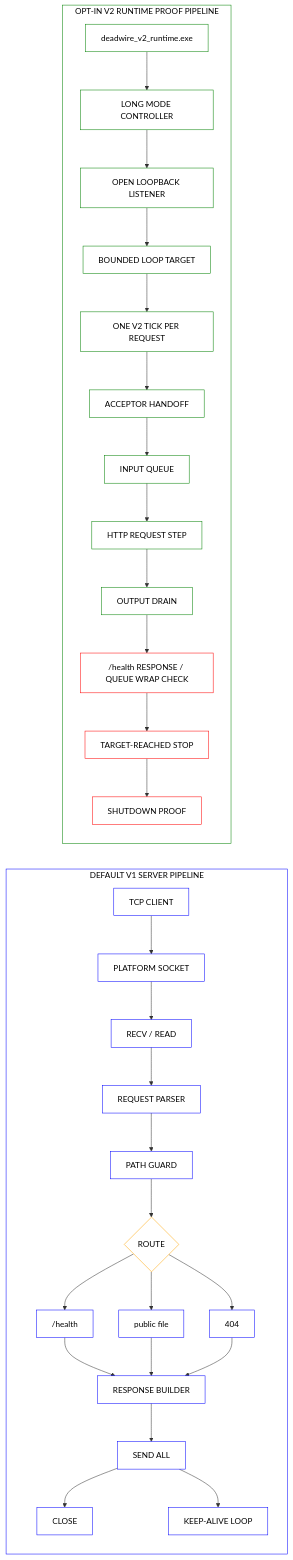
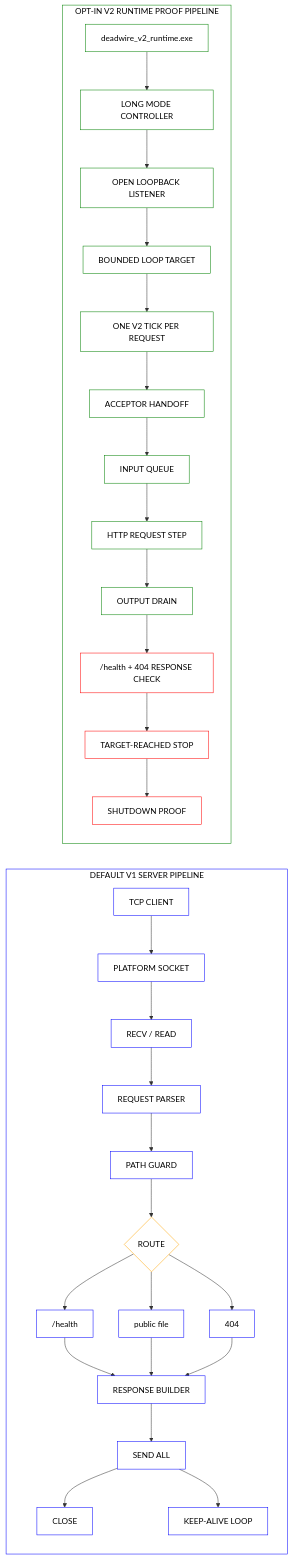
One commit to Deadbytes101/DEADWIRE-HTTPD changed the diagram in README.md. Above: the diagram before and after it, drawn with Mermaid. The commit also changed other lines of this file and 2 other files, not shown here.

First line of the commit message:
v2 response probe

````diff
--- a/README.md
+++ b/README.md
@@ -35,44 +35,44 @@
 ```mermaid
 flowchart LR
     subgraph V1["DEFAULT V1 SERVER PIPELINE"]
         CLIENT["TCP CLIENT"] --> SOCKET["PLATFORM SOCKET"]
         SOCKET --> RECV["RECV / READ"]
         RECV --> PARSE["REQUEST PARSER"]
         PARSE --> GUARD["PATH GUARD"]
         GUARD --> ROUTE{"ROUTE"}
         ROUTE --> HEALTH["/health"]
         ROUTE --> STATIC["public file"]
         ROUTE --> MISS["404"]
         HEALTH --> RESPONSE["RESPONSE BUILDER"]
         STATIC --> RESPONSE
         MISS --> RESPONSE
         RESPONSE --> SEND["SEND ALL"]
         SEND --> CLOSE["CLOSE"]
         SEND --> LOOP["KEEP-ALIVE LOOP"]
     end
 
     subgraph V2["OPT-IN V2 RUNTIME PROOF PIPELINE"]
         V2BOOT["deadwire_v2_runtime.exe"] --> V2LONG["LONG MODE CONTROLLER"]
         V2LONG --> V2LIVE["OPEN LOOPBACK LISTENER"]
         V2LIVE --> V2COUNT["BOUNDED LOOP TARGET"]
         V2COUNT --> V2TICK["ONE V2 TICK PER REQUEST"]
         V2TICK --> V2ACCEPT["ACCEPTOR HANDOFF"]
         V2ACCEPT --> V2QUEUE["INPUT QUEUE"]
         V2QUEUE --> V2HTTP["HTTP REQUEST STEP"]
         V2HTTP --> V2OUT["OUTPUT DRAIN"]
-        V2OUT --> V2CHECK["/health RESPONSE / QUEUE WRAP CHECK"]
+        V2OUT --> V2CHECK["/health + 404 RESPONSE CHECK"]
         V2CHECK --> V2STOP["TARGET-REACHED STOP"]
         V2STOP --> V2SHUT["SHUTDOWN PROOF"]
     end
 
     classDef v1 fill:white,stroke:blue,color:black
     classDef v2 fill:white,stroke:green,color:black
     classDef route fill:white,stroke:orange,color:black
     classDef stop fill:white,stroke:red,color:black
     class CLIENT,SOCKET,RECV,PARSE,GUARD,HEALTH,STATIC,MISS,RESPONSE,SEND,CLOSE,LOOP v1
     class V2BOOT,V2LONG,V2LIVE,V2COUNT,V2TICK,V2ACCEPT,V2QUEUE,V2HTTP,V2OUT v2
     class ROUTE route
     class V2CHECK,V2STOP,V2SHUT stop
     style V1 fill:white,stroke:blue,color:black
     style V2 fill:white,stroke:green,color:black
 ```
````
